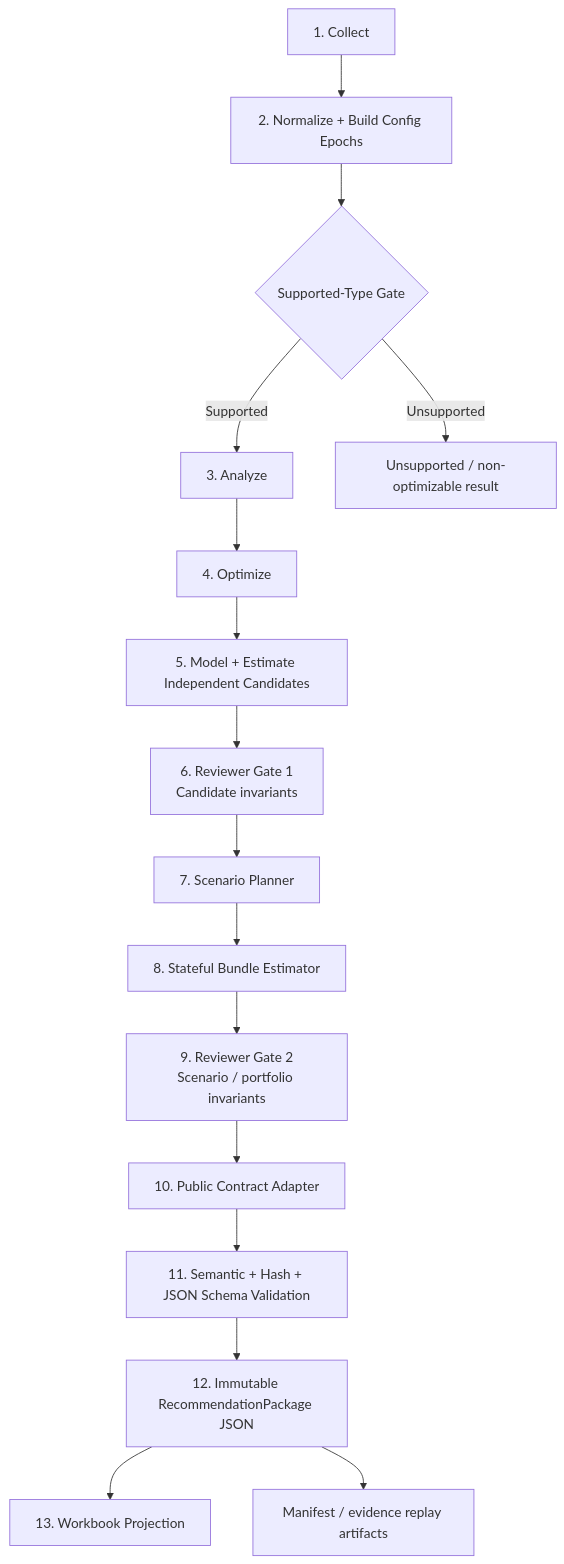
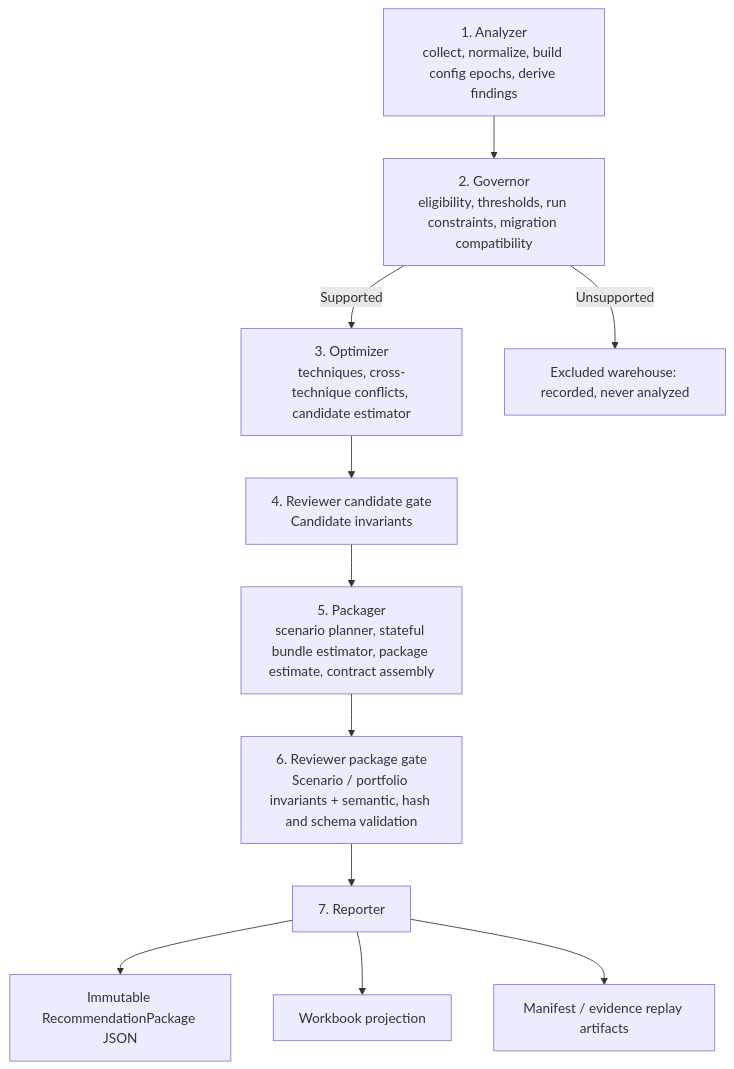
The third of 14 diagrams in docs/architecture/hld.md (thiaga-gk/expert-funicular), drawn with Mermaid before and after one commit. The commit also changed other lines of this file and 11 other files, not shown here.

First line of the commit message:
Reorg Phase 10 step E: docs describe the capability architecture

````diff
--- a/docs/architecture/hld.md
+++ b/docs/architecture/hld.md
@@ -145,19 +146,14 @@
 ```mermaid
 flowchart TD
-    A[1. Collect] --> B[2. Normalize + Build Config Epochs]
-    B --> G{Supported-Type Gate}
-    G -->|Supported| C[3. Analyze]
-    G -->|Unsupported| U[Unsupported / non-optimizable result]
+    A[1. Analyzer\ncollect, normalize, build config epochs, derive findings] --> G[2. Governor\neligibility, thresholds, run constraints, migration compatibility]
+    G -->|Supported| O[3. Optimizer\ntechniques, cross-technique conflicts, candidate estimator]
+    G -->|Unsupported| U[Excluded warehouse: recorded, never analyzed]
 
-    C --> D[4. Optimize]
-    D --> E[5. Model + Estimate Independent Candidates]
-    E --> R1[6. Reviewer Gate 1\nCandidate invariants]
-    R1 --> S[7. Scenario Planner]
-    S --> BE[8. Stateful Bundle Estimator]
-    BE --> R2[9. Reviewer Gate 2\nScenario / portfolio invariants]
-    R2 --> APT[10. Public Contract Adapter]
-    APT --> SV[11. Semantic + Hash + JSON Schema Validation]
-    SV --> J[12. Immutable RecommendationPackage JSON]
-    J --> W[13. Workbook Projection]
-    J --> M[Manifest / evidence replay artifacts]
+    O --> R1[4. Reviewer candidate gate\nCandidate invariants]
+    R1 --> P[5. Packager\nscenario planner, stateful bundle estimator, package estimate, contract assembly]
+    P --> R2[6. Reviewer package gate\nScenario / portfolio invariants + semantic, hash and schema validation]
+    R2 --> RP[7. Reporter]
+    RP --> J[Immutable RecommendationPackage JSON]
+    RP --> W[Workbook projection]
+    RP --> M[Manifest / evidence replay artifacts]
 ```
````
